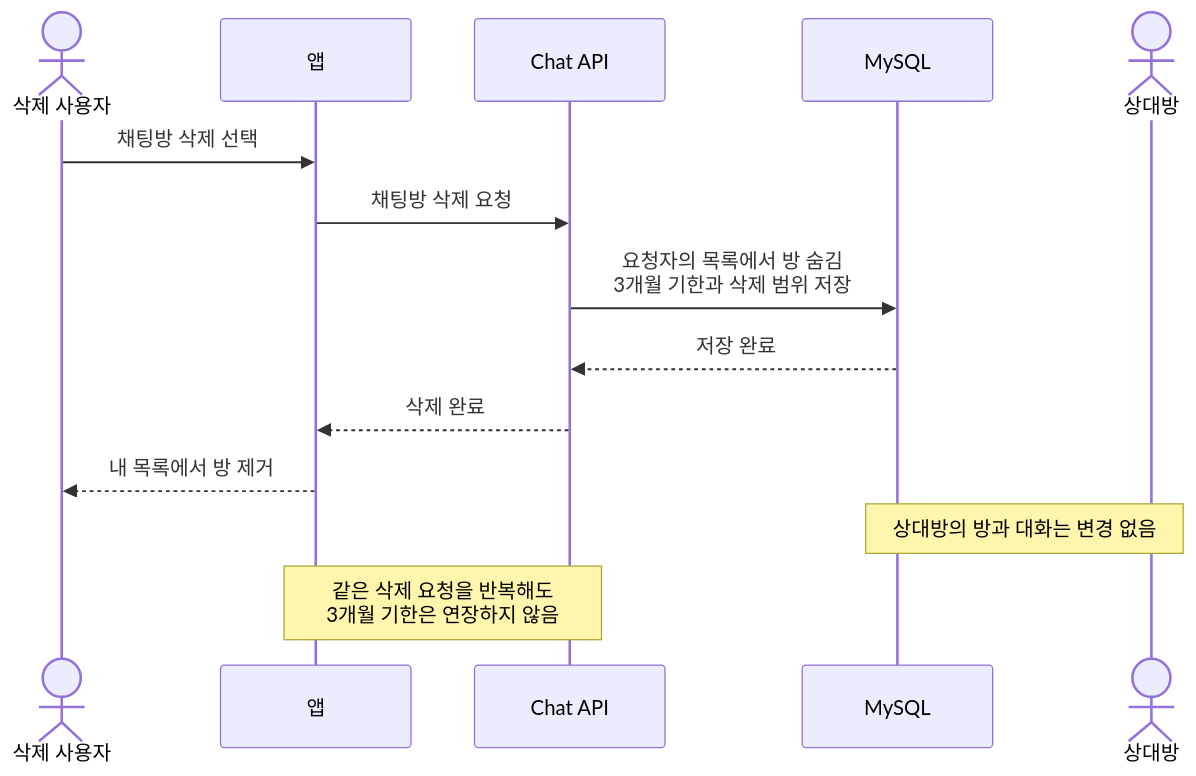
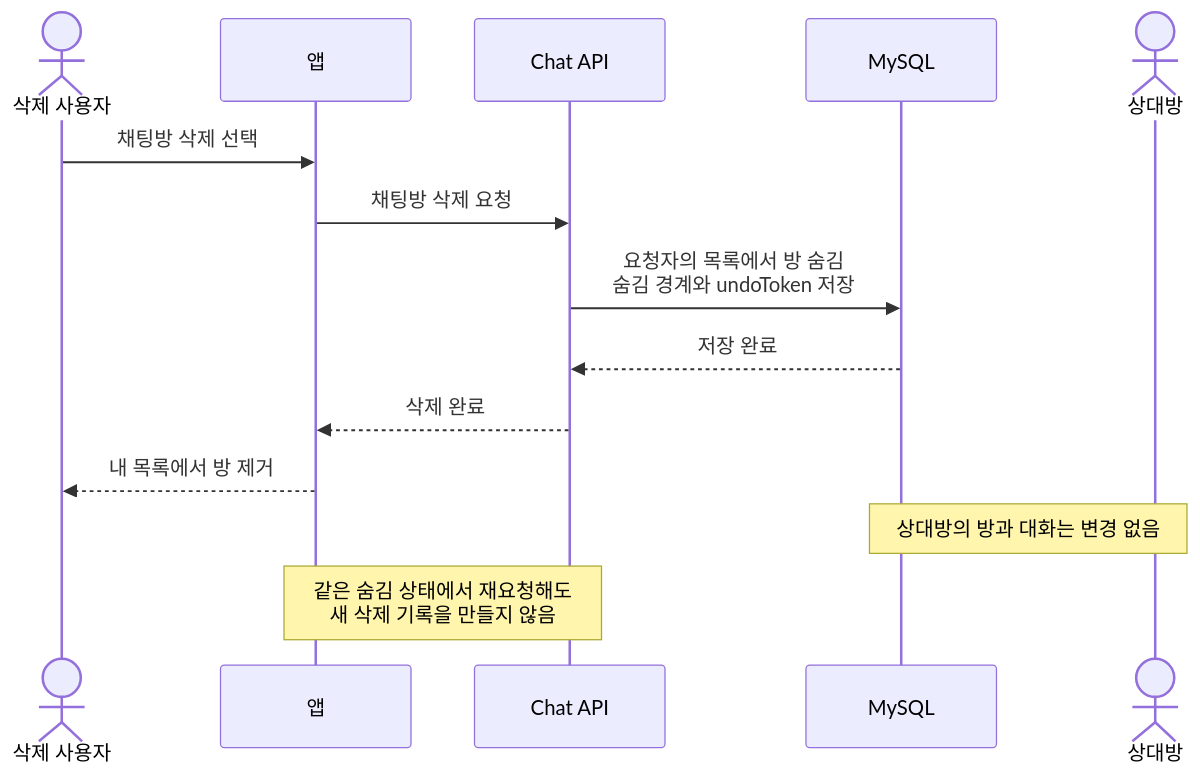
One commit to swyp-app-5th-team1/Kohere-backend changed diagram 12 of 17 in docs/architecture/chat/05-sequence-diagrams.md. Above: the diagram before and after it, drawn with Mermaid. The commit also changed other lines of this file and 12 other files, not shown here.

Commit message:
docs: clarify chat flows and split future scope

````diff
--- a/docs/architecture/chat/05-sequence-diagrams.md
+++ b/docs/architecture/chat/05-sequence-diagrams.md
@@ -265,17 +287,17 @@
 ```mermaid
 sequenceDiagram
     actor U as 삭제 사용자
     participant APP as 앱
     participant CHAT as Chat API
     participant DB as MySQL
     actor O as 상대방
 
     U->>APP: 채팅방 삭제 선택
     APP->>CHAT: 채팅방 삭제 요청
-    CHAT->>DB: 요청자의 목록에서 방 숨김<br/>3개월 기한과 삭제 범위 저장
+    CHAT->>DB: 요청자의 목록에서 방 숨김<br/>숨김 경계와 undoToken 저장
     DB-->>CHAT: 저장 완료
     CHAT-->>APP: 삭제 완료
     APP-->>U: 내 목록에서 방 제거
     Note over O,DB: 상대방의 방과 대화는 변경 없음
-    Note over APP,CHAT: 같은 삭제 요청을 반복해도<br/>3개월 기한은 연장하지 않음
+    Note over APP,CHAT: 같은 숨김 상태에서 재요청해도<br/>새 삭제 기록을 만들지 않음
 ```
````
